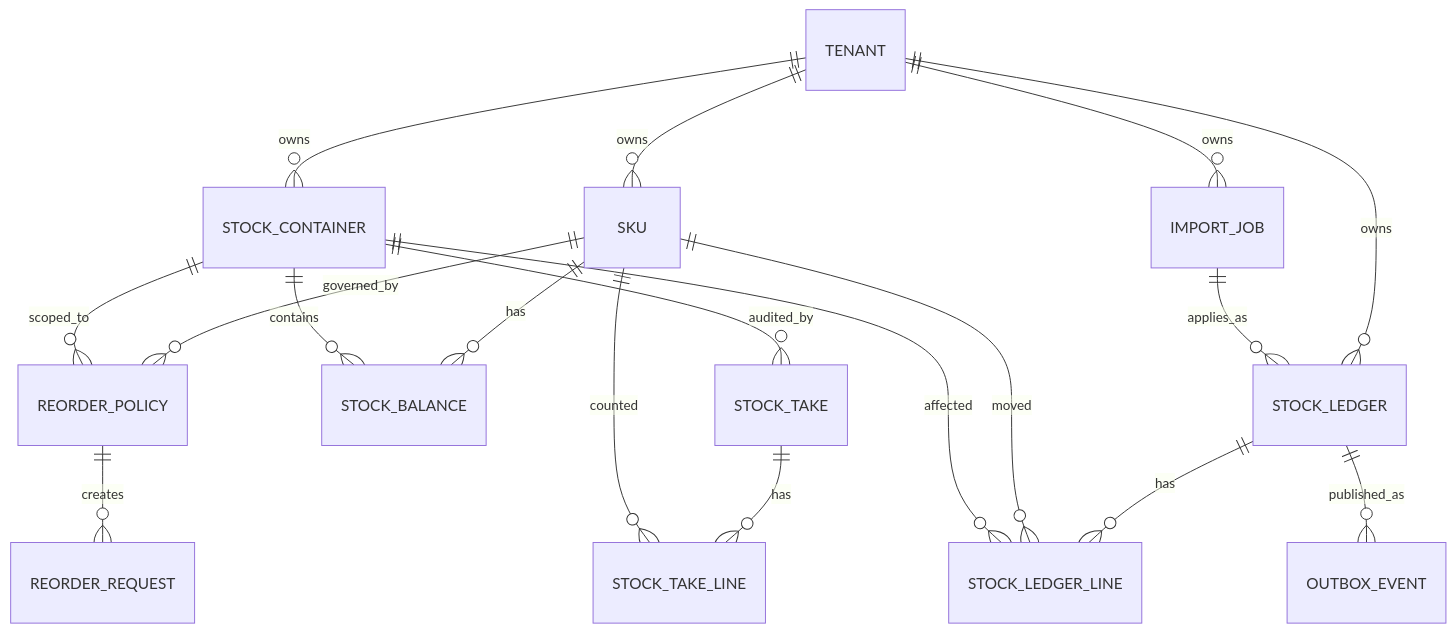
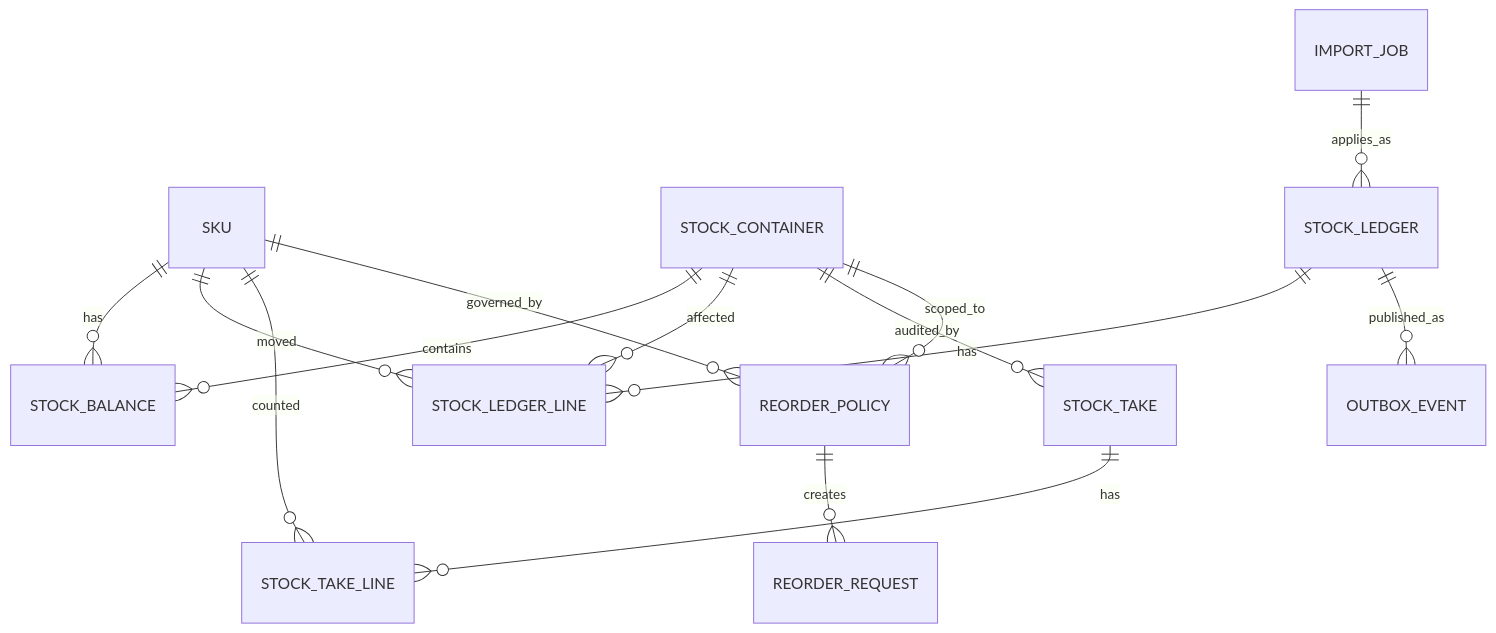
The diagram in Solution.md (radupotop/Plentific), drawn with Mermaid before and after one commit. The commit also changed other lines of this file, not shown here.

````diff
--- a/Solution.md
+++ b/Solution.md
@@ -112,25 +111,20 @@
 ```mermaid
 erDiagram
-    TENANT ||--o{ SKU : owns
-    TENANT ||--o{ STOCK_CONTAINER : owns
-    TENANT ||--o{ STOCK_LEDGER : owns
-    TENANT ||--o{ IMPORT_JOB : owns
-
     SKU ||--o{ STOCK_BALANCE : has
     STOCK_CONTAINER ||--o{ STOCK_BALANCE : contains
 
     STOCK_LEDGER ||--o{ STOCK_LEDGER_LINE : has
     SKU ||--o{ STOCK_LEDGER_LINE : moved
     STOCK_CONTAINER ||--o{ STOCK_LEDGER_LINE : affected
 
     STOCK_CONTAINER ||--o{ STOCK_TAKE : audited_by
     STOCK_TAKE ||--o{ STOCK_TAKE_LINE : has
     SKU ||--o{ STOCK_TAKE_LINE : counted
 
     SKU ||--o{ REORDER_POLICY : governed_by
     STOCK_CONTAINER ||--o{ REORDER_POLICY : scoped_to
     REORDER_POLICY ||--o{ REORDER_REQUEST : creates
 
     IMPORT_JOB ||--o{ STOCK_LEDGER : applies_as
     STOCK_LEDGER ||--o{ OUTBOX_EVENT : published_as
 ```
````
